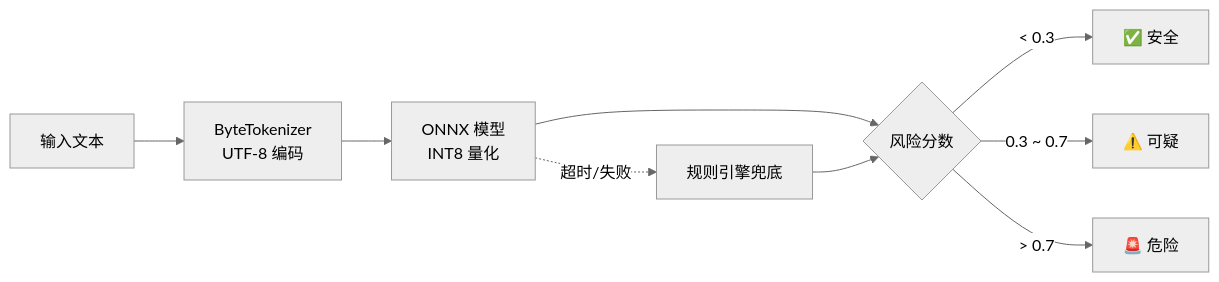
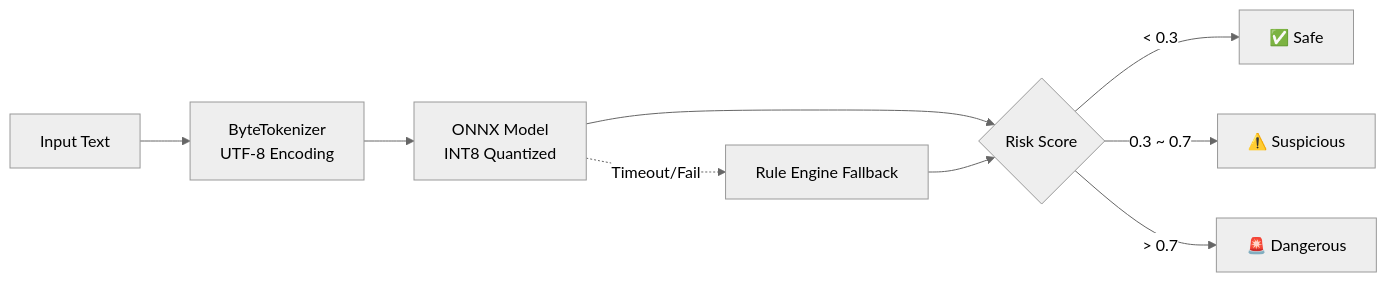
One commit to Tianshang301/TianshangGuard changed the second of 3 diagrams in README.md. Above: the diagram before and after it, drawn with Mermaid (neutral theme). The commit also changed other lines of this file and 1 other file, not shown here.

````diff
--- a/README.md
+++ b/README.md
@@ -71,11 +73,11 @@
 ```mermaid
 flowchart LR
-    A[输入文本] --> B[ByteTokenizer<br/>UTF-8 编码]
-    B --> C[ONNX 模型<br/>INT8 量化]
-    C --> D{风险分数}
-    D -->|< 0.3| E[✅ 安全]
-    D -->|0.3 ~ 0.7| F[⚠️ 可疑]
-    D -->|> 0.7| G[🚨 危险]
-    C -.->|超时/失败| H[规则引擎兜底]
+    A[Input Text] --> B[ByteTokenizer<br/>UTF-8 Encoding]
+    B --> C[ONNX Model<br/>INT8 Quantized]
+    C --> D{Risk Score}
+    D -->|< 0.3| E[✅ Safe]
+    D -->|0.3 ~ 0.7| F[⚠️ Suspicious]
+    D -->|> 0.7| G[🚨 Dangerous]
+    C -.->|Timeout/Fail| H[Rule Engine Fallback]
     H --> D
 ```
````
